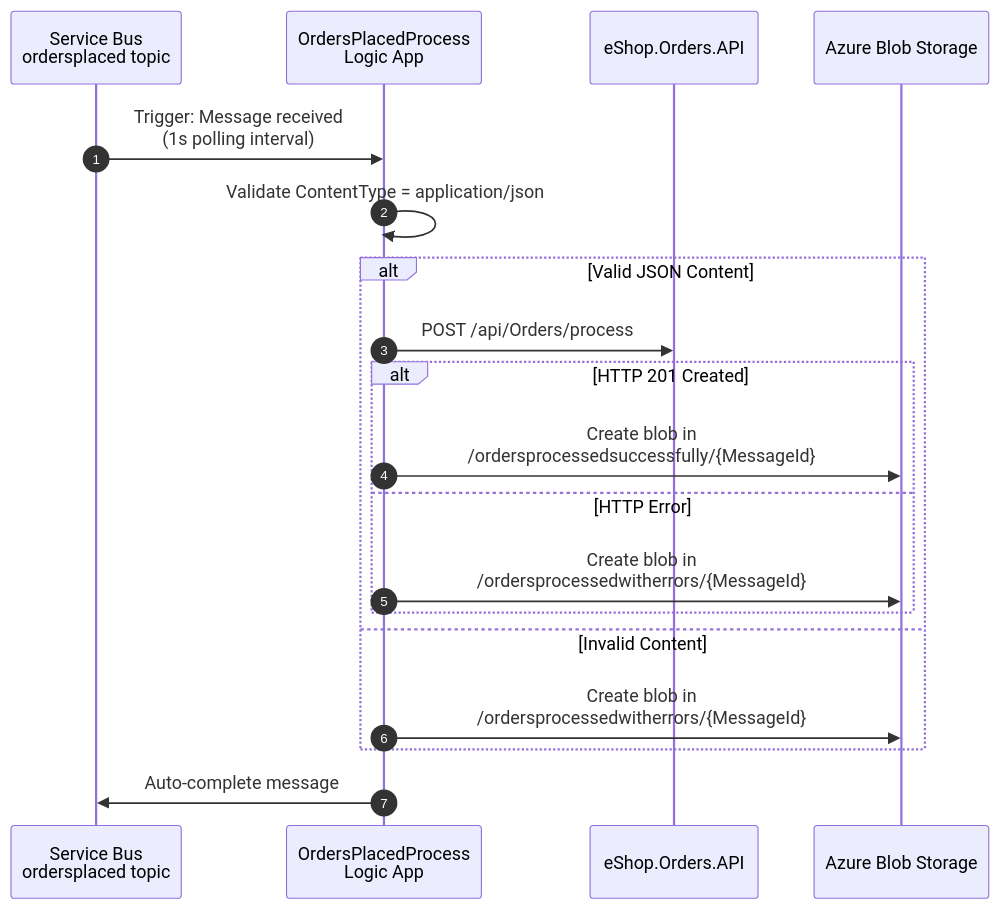
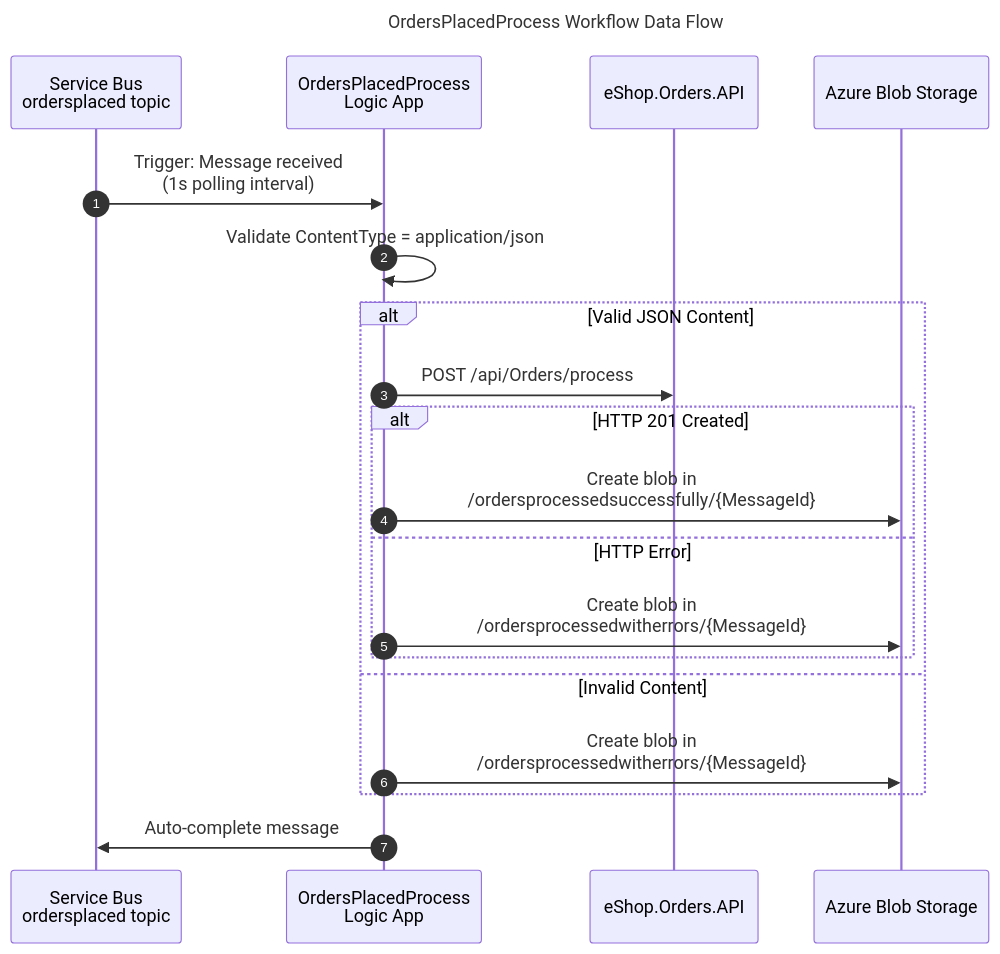
One commit to Evilazaro/Azure-LogicApps-Monitoring changed the fourth of 9 diagrams in docs/architecture/02-data-architecture.md. Above: the diagram before and after it, drawn with Mermaid. The commit also changed other lines of this file, not shown here.

Commit message:
docs: Add titles and enhance styling for mermaid diagrams in data architecture documentation for improved clarity and organization

````diff
--- a/docs/architecture/02-data-architecture.md
+++ b/docs/architecture/02-data-architecture.md
@@ -182,24 +212,31 @@
 ```mermaid
+---
+title: OrdersPlacedProcess Workflow Data Flow
+---
 sequenceDiagram
     autonumber
+    %% ===== PARTICIPANTS =====
     participant SB as Service Bus<br/>ordersplaced topic
     participant LA as OrdersPlacedProcess<br/>Logic App
     participant API as eShop.Orders.API
     participant Blob as Azure Blob Storage
 
+    %% ===== TRIGGER =====
     SB->>LA: Trigger: Message received<br/>(1s polling interval)
     LA->>LA: Validate ContentType = application/json
 
+    %% ===== PROCESSING =====
     alt Valid JSON Content
         LA->>API: POST /api/Orders/process
         alt HTTP 201 Created
             LA->>Blob: Create blob in<br/>/ordersprocessedsuccessfully/{MessageId}
         else HTTP Error
             LA->>Blob: Create blob in<br/>/ordersprocessedwitherrors/{MessageId}
         end
     else Invalid Content
         LA->>Blob: Create blob in<br/>/ordersprocessedwitherrors/{MessageId}
     end
 
+    %% ===== COMPLETION =====
     LA->>SB: Auto-complete message
 ```
````
